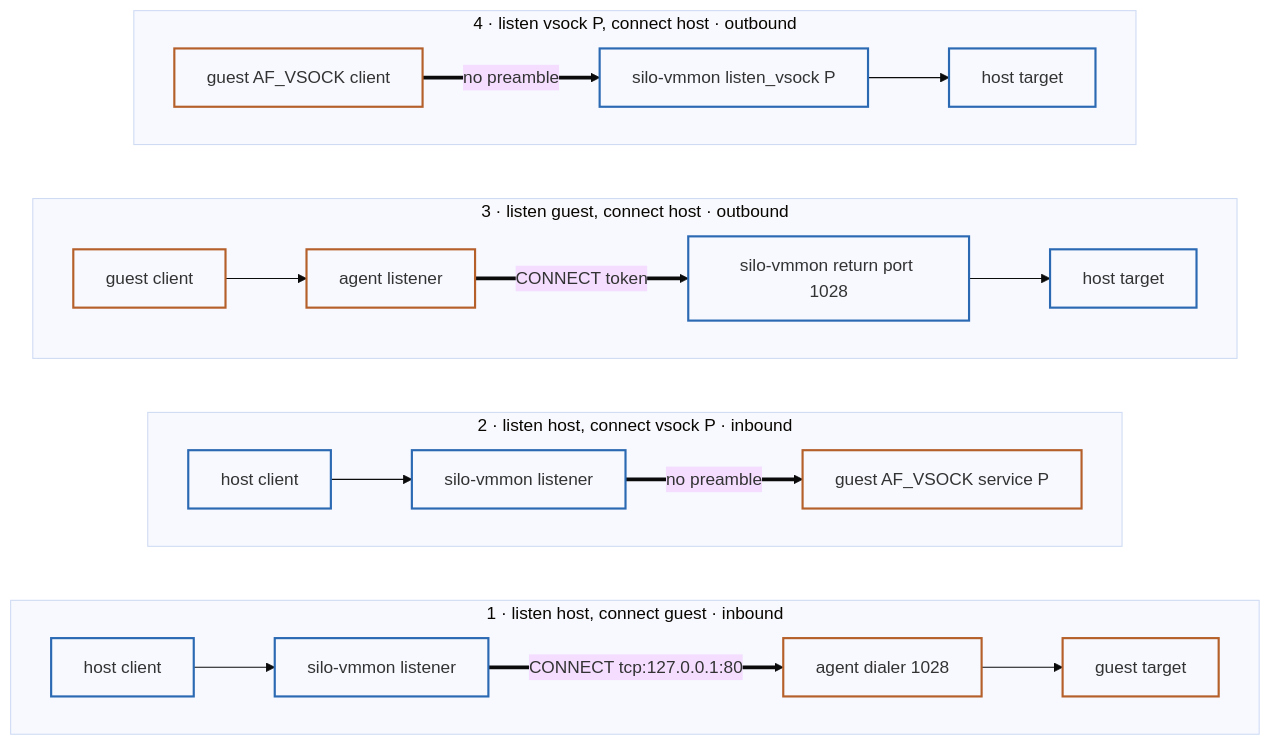
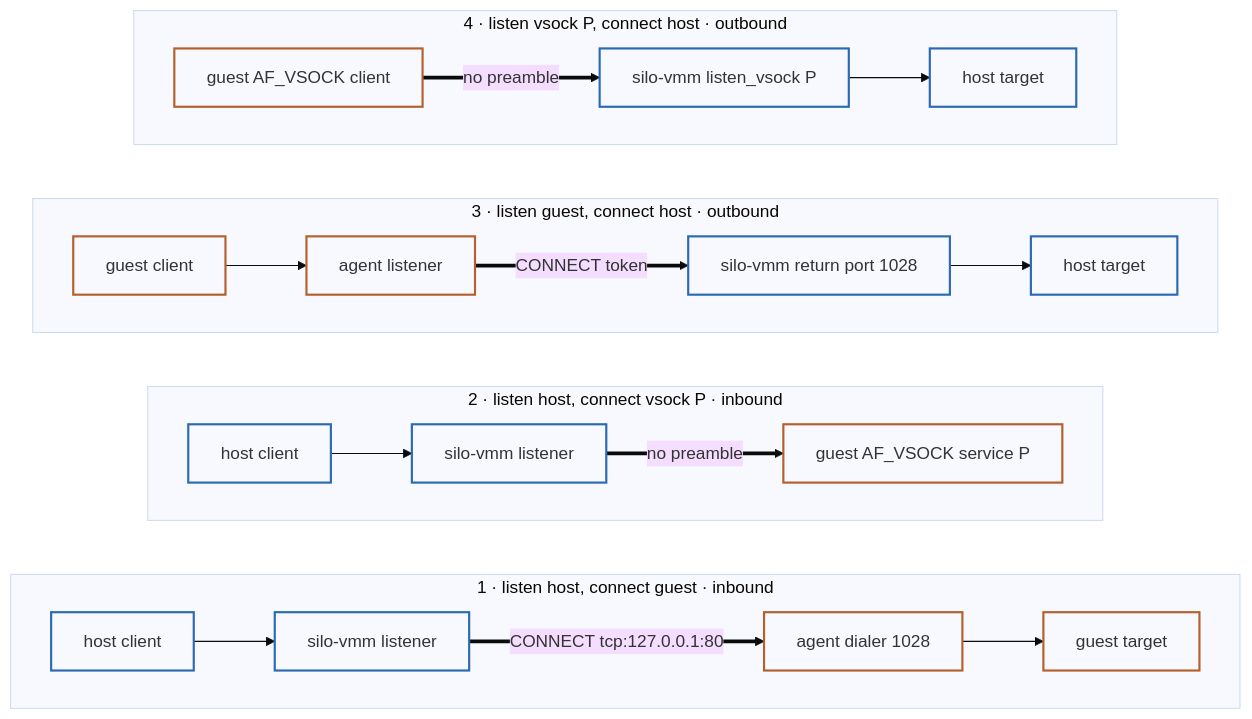
The eighth of 9 diagrams in docs/adr/0016-vsock-forwards-and-netd-publications.md (vandycknick/silo), drawn with Mermaid (base theme) before and after one commit. The commit also changed other lines of this file and 194 other files, not shown here.

First line of the commit message:
refactor(runtime): rename silo-vmmon to silo-vmm and name workers krun

````diff
--- a/docs/adr/0016-vsock-forwards-and-netd-publications.md
+++ b/docs/adr/0016-vsock-forwards-and-netd-publications.md
@@ -497,23 +497,23 @@
 ```mermaid
 flowchart LR
   subgraph S1["1 · listen host, connect guest · inbound"]
     direction LR
-    c1["host client"] --> v1["silo-vmmon listener"] ==>|"CONNECT tcp:127.0.0.1:80"| a1["agent dialer 1028"] --> t1["guest target"]
+    c1["host client"] --> v1["silo-vmm listener"] ==>|"CONNECT tcp:127.0.0.1:80"| a1["agent dialer 1028"] --> t1["guest target"]
   end
   subgraph S2["2 · listen host, connect vsock P · inbound"]
     direction LR
-    c2["host client"] --> v2["silo-vmmon listener"] ==>|"no preamble"| g2["guest AF_VSOCK service P"]
+    c2["host client"] --> v2["silo-vmm listener"] ==>|"no preamble"| g2["guest AF_VSOCK service P"]
   end
   subgraph S3["3 · listen guest, connect host · outbound"]
     direction LR
-    g3["guest client"] --> a3["agent listener"] ==>|"CONNECT token"| v3["silo-vmmon return port 1028"] --> h3["host target"]
+    g3["guest client"] --> a3["agent listener"] ==>|"CONNECT token"| v3["silo-vmm return port 1028"] --> h3["host target"]
   end
   subgraph S4["4 · listen vsock P, connect host · outbound"]
     direction LR
-    g4["guest AF_VSOCK client"] ==>|"no preamble"| v4["silo-vmmon listen_vsock P"] --> h4["host target"]
+    g4["guest AF_VSOCK client"] ==>|"no preamble"| v4["silo-vmm listen_vsock P"] --> h4["host target"]
   end
   classDef host stroke:#2b69b3,stroke-width:2px,fill:none
   classDef guest stroke:#b5602a,stroke-width:2px,fill:none
   class v1,v2,v3,v4,h3,h4,c1,c2 host
   class a1,t1,g2,g3,a3,g4 guest
 ```
````
